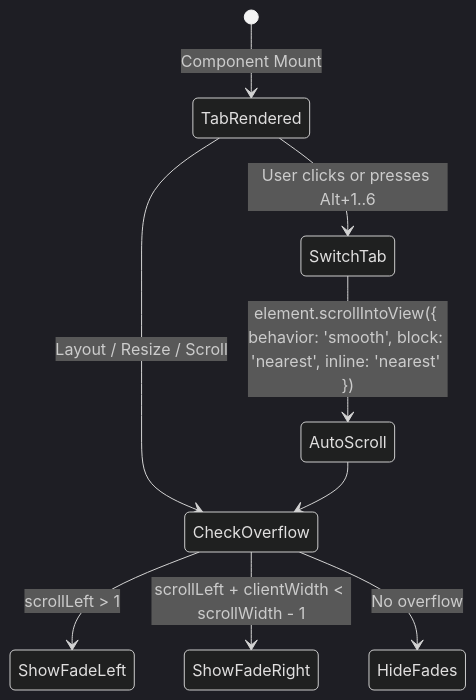
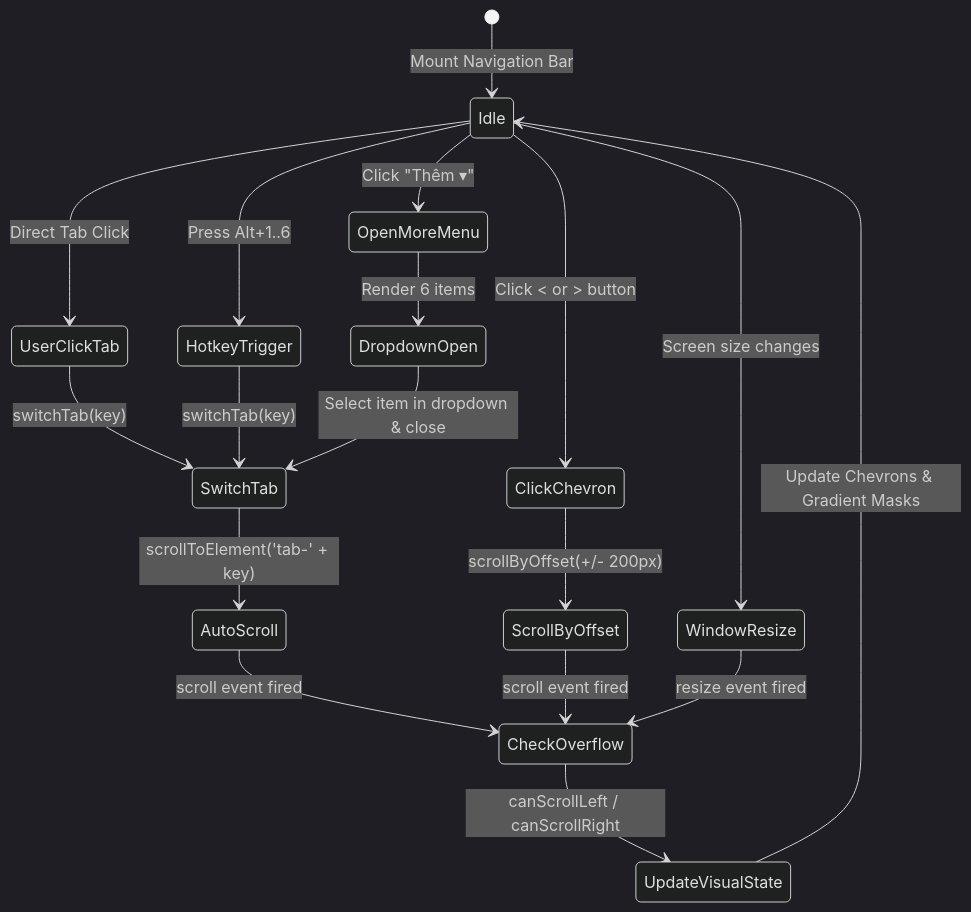
One commit to caoduongle/API_dich_truyen changed the diagram in specs/076-nav-tabs-overflow-fix/data-model.md. Above: the diagram before and after it, drawn with Mermaid (dark theme). The commit also changed other lines of this file and 11 other files, not shown here.

Commit message:
feat: implement horizontal tab overflow handling with scroll controls and navigation chevrons

````diff
--- a/specs/076-nav-tabs-overflow-fix/data-model.md
+++ b/specs/076-nav-tabs-overflow-fix/data-model.md
@@ -40,12 +51,23 @@
 ```mermaid
 stateDiagram-v2
-  [*] --> TabRendered: Component Mount
-  TabRendered --> CheckOverflow: Layout / Resize / Scroll
-  CheckOverflow --> ShowFadeLeft: scrollLeft > 1
-  CheckOverflow --> ShowFadeRight: scrollLeft + clientWidth < scrollWidth - 1
-  CheckOverflow --> HideFades: No overflow
+  [*] --> Idle: Mount Navigation Bar
+  Idle --> UserClickTab: Direct Tab Click
+  Idle --> HotkeyTrigger: Press Alt+1..6
+  Idle --> ClickChevron: Click < or > button
+  Idle --> OpenMoreMenu: Click "Thêm ▾"
+  Idle --> WindowResize: Screen size changes
 
-  TabRendered --> SwitchTab: User clicks or presses Alt+1..6
-  SwitchTab --> AutoScroll: element.scrollIntoView({ behavior: 'smooth', block: 'nearest', inline: 'nearest' })
-  AutoScroll --> CheckOverflow
+  UserClickTab --> SwitchTab: switchTab(key)
+  HotkeyTrigger --> SwitchTab: switchTab(key)
+  OpenMoreMenu --> DropdownOpen: Render 6 items
+  DropdownOpen --> SwitchTab: Select item in dropdown & close
+
+  SwitchTab --> AutoScroll: scrollToElement('tab-' + key)
+  ClickChevron --> ScrollByOffset: scrollByOffset(+/- 200px)
+  AutoScroll --> CheckOverflow: scroll event fired
+  ScrollByOffset --> CheckOverflow: scroll event fired
+  WindowResize --> CheckOverflow: resize event fired
+
+  CheckOverflow --> UpdateVisualState: canScrollLeft / canScrollRight
+  UpdateVisualState --> Idle: Update Chevrons & Gradient Masks
 ```
````
